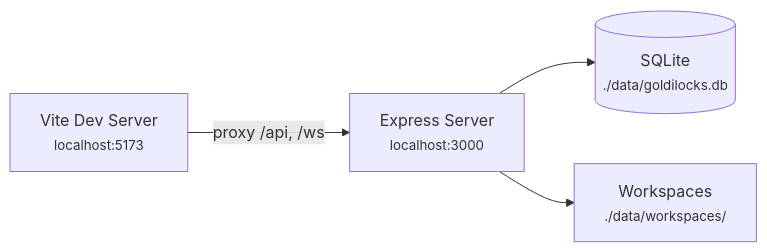
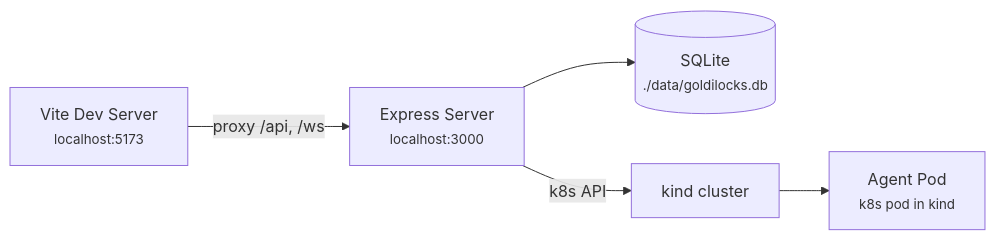
One commit to sigilmakes/goldilocks-app changed the first of 2 diagrams in docs/architecture/deployment.md. Above: the diagram before and after it, drawn with Mermaid. The commit also changed other lines of this file and 11 other files, not shown here.

First line of the commit message:
docs: update all docs for k8s-only architecture

````diff
--- a/docs/architecture/deployment.md
+++ b/docs/architecture/deployment.md
@@ -5,11 +11,13 @@
 ```mermaid
 graph LR
     Vite["Vite Dev Server<br/><small>localhost:5173</small>"]
     Express["Express Server<br/><small>localhost:3000</small>"]
     SQLite[("SQLite<br/><small>./data/goldilocks.db</small>")]
-    FS["Workspaces<br/><small>./data/workspaces/</small>"]
+    Kind["kind cluster"]
+    AgentPod["Agent Pod<br/><small>k8s pod in kind</small>"]
 
     Vite -->|"proxy /api, /ws"| Express
     Express --> SQLite
-    Express --> FS
+    Express -->|"k8s API"| Kind
+    Kind --> AgentPod
 ```
````
